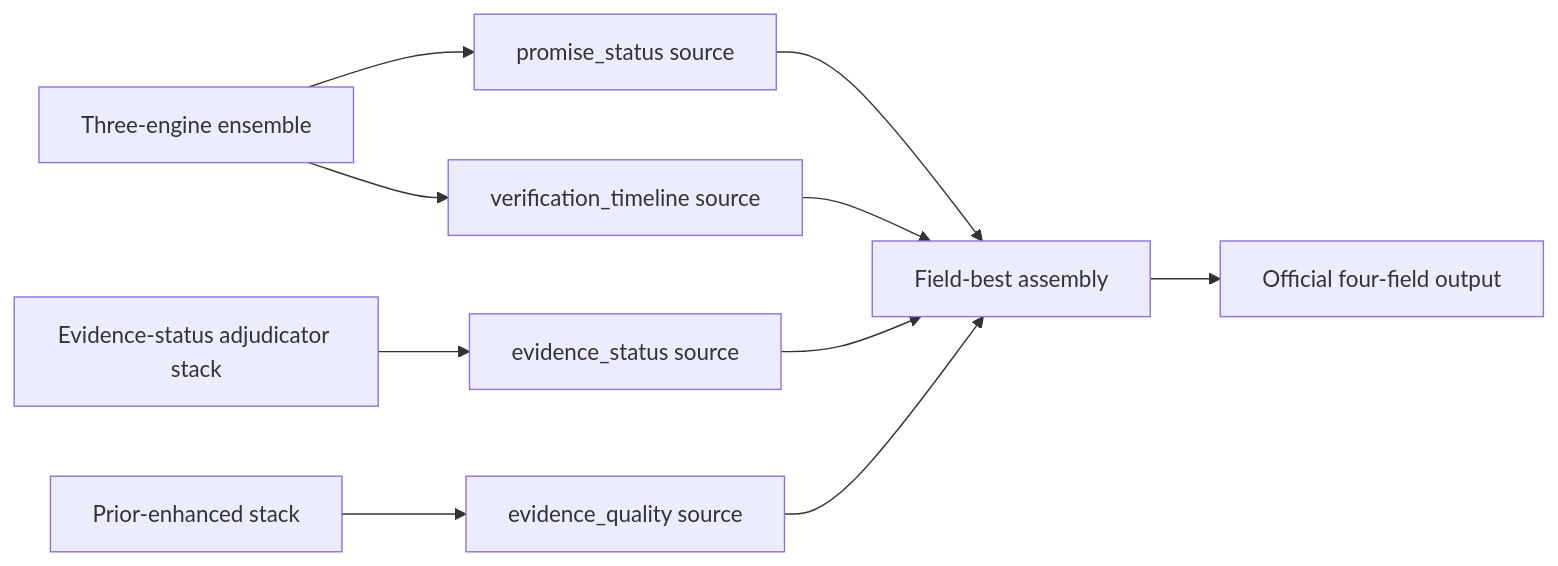
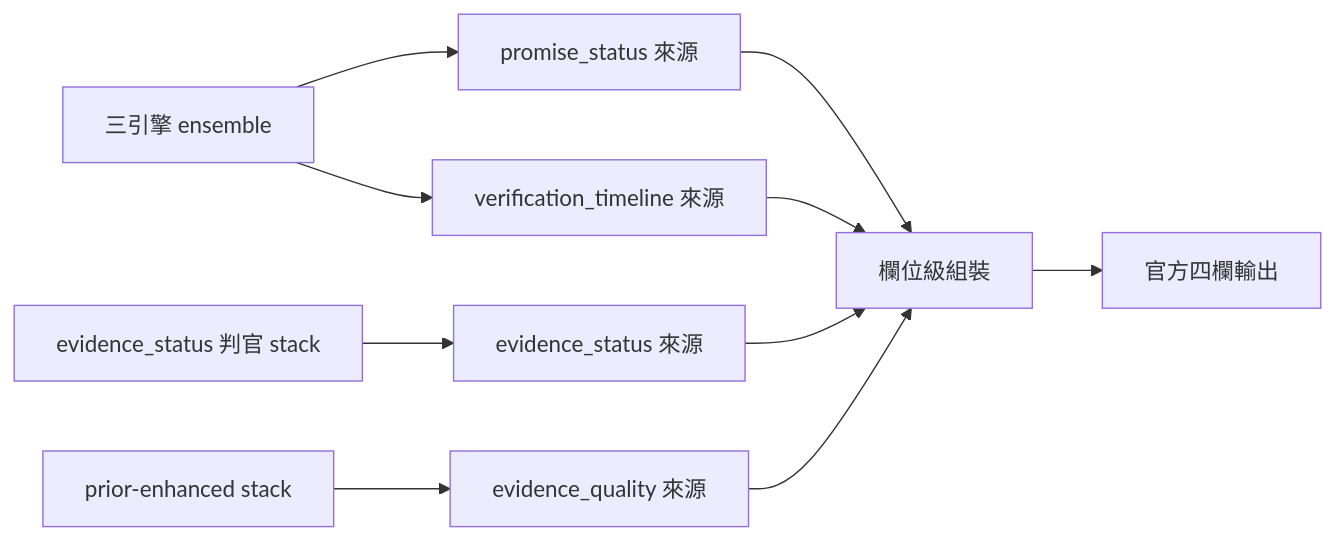
The fourth of 8 diagrams in README.md (Hank0503oUo/veripromise-esg-competition-architecture), drawn with Mermaid before and after one commit. The commit also changed other lines of this file, not shown here.

````diff
--- a/README.md
+++ b/README.md
@@ -299,14 +277,14 @@
 ```mermaid
 flowchart LR
-    v18["Prior-enhanced stack"] --> eq["evidence_quality source"]
-    v18c["Three-engine ensemble"] --> promise["promise_status source"]
-    v18c --> timeline["verification_timeline source"]
-    v25["Evidence-status adjudicator stack"] --> ev["evidence_status source"]
+    v18["prior-enhanced stack"] --> eq["evidence_quality 來源"]
+    v18c["三引擎 ensemble"] --> promise["promise_status 來源"]
+    v18c --> timeline["verification_timeline 來源"]
+    v25["evidence_status 判官 stack"] --> ev["evidence_status 來源"]
 
-    promise --> final["Field-best assembly"]
+    promise --> final["欄位級組裝"]
     timeline --> final
     ev --> final
     eq --> final
 
-    final --> output["Official four-field output"]
+    final --> output["官方四欄輸出"]
 ```
````
